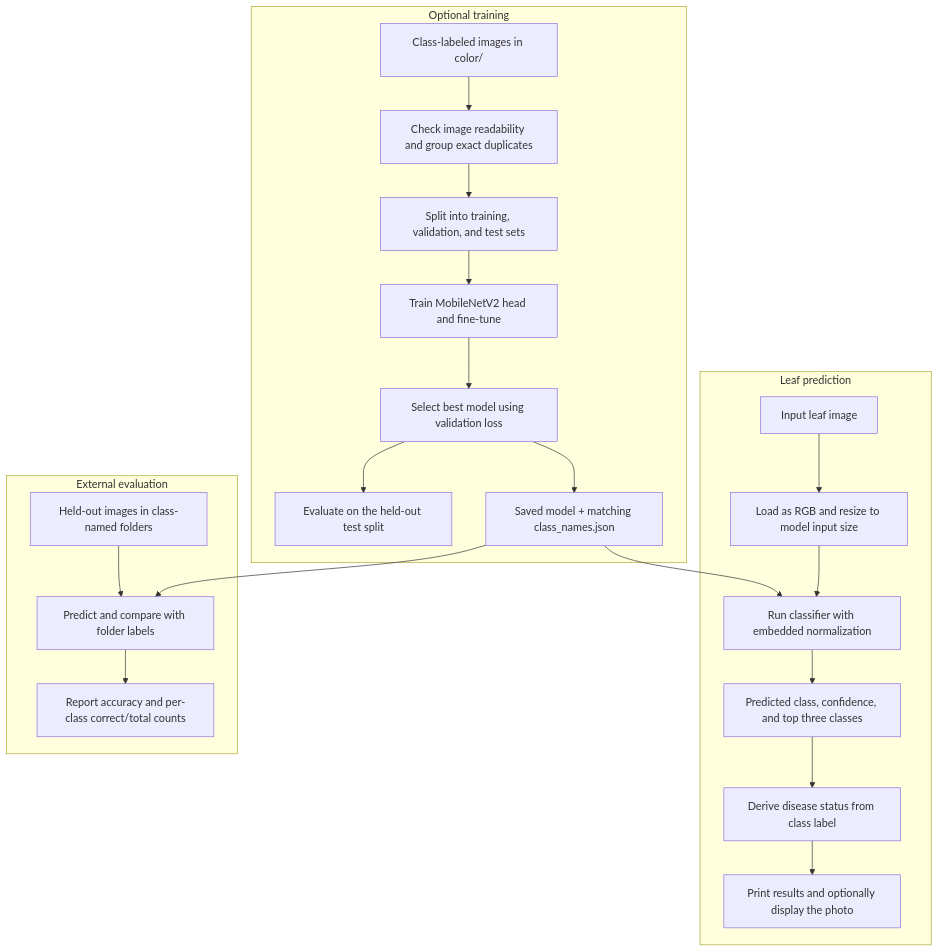
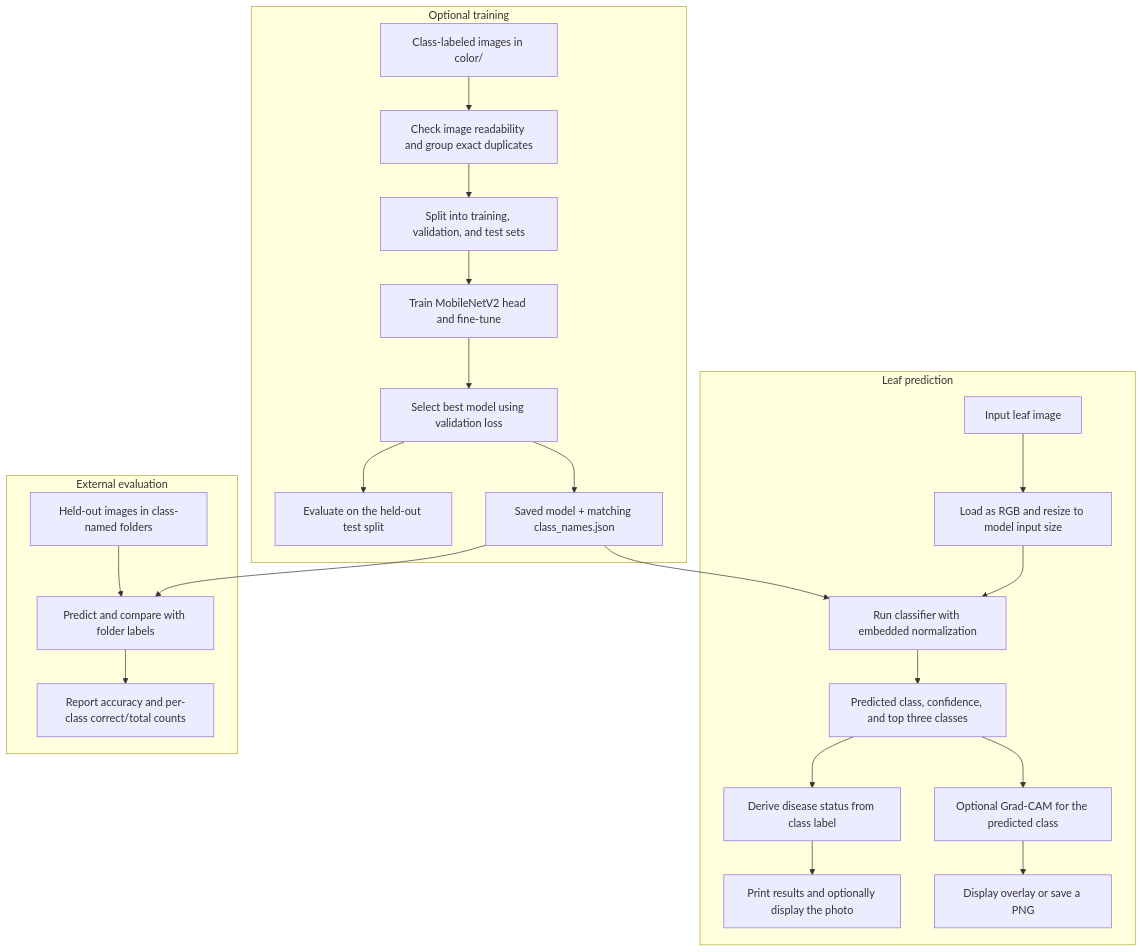
One commit to prokashghosh996-png/LeafLens changed the diagram in README.md. Above: the diagram before and after it, drawn with Mermaid. The commit also changed other lines of this file, not shown here.

Commit message:
Add Grad-CAM functionality and update README with usage details and experiment results

````diff
--- a/README.md
+++ b/README.md
@@ -9,26 +15,28 @@
 ```mermaid
 flowchart TD
     subgraph Training["Optional training"]
         A["Class-labeled images in color/"] --> B["Check image readability and group exact duplicates"]
         B --> C["Split into training, validation, and test sets"]
         C --> D["Train MobileNetV2 head and fine-tune"]
         D --> E["Select best model using validation loss"]
         E --> F["Evaluate on the held-out test split"]
         E --> M["Saved model + matching class_names.json"]
     end
 
     subgraph Prediction["Leaf prediction"]
         I["Input leaf image"] --> P["Load as RGB and resize to model input size"]
         M --> Q["Run classifier with embedded normalization"]
         P --> Q
         Q --> R["Predicted class, confidence, and top three classes"]
         R --> S["Derive disease status from class label"]
         S --> T["Print results and optionally display the photo"]
+        R --> U["Optional Grad-CAM for the predicted class"]
+        U --> V["Display overlay or save a PNG"]
     end
 
     subgraph Evaluation["External evaluation"]
         H["Held-out images in class-named folders"] --> J["Predict and compare with folder labels"]
         M --> J
         J --> K["Report accuracy and per-class correct/total counts"]
     end
 ```
````
